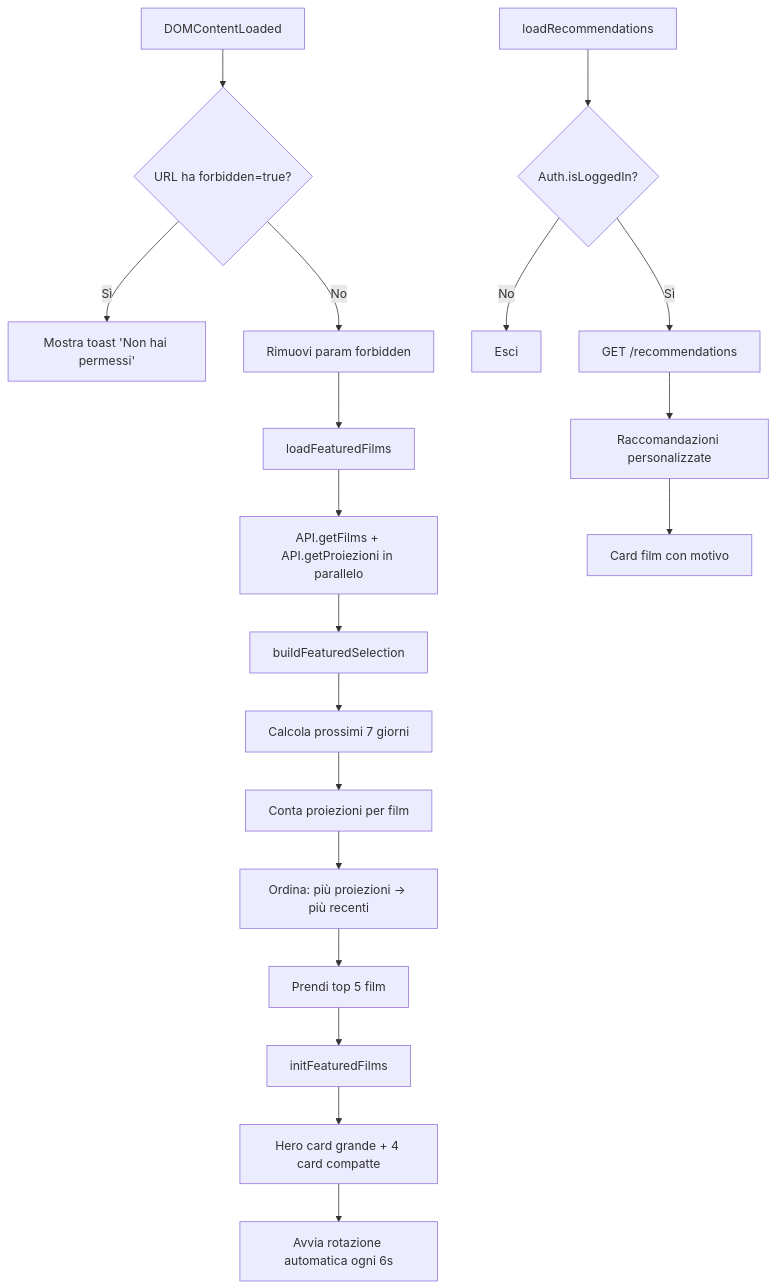
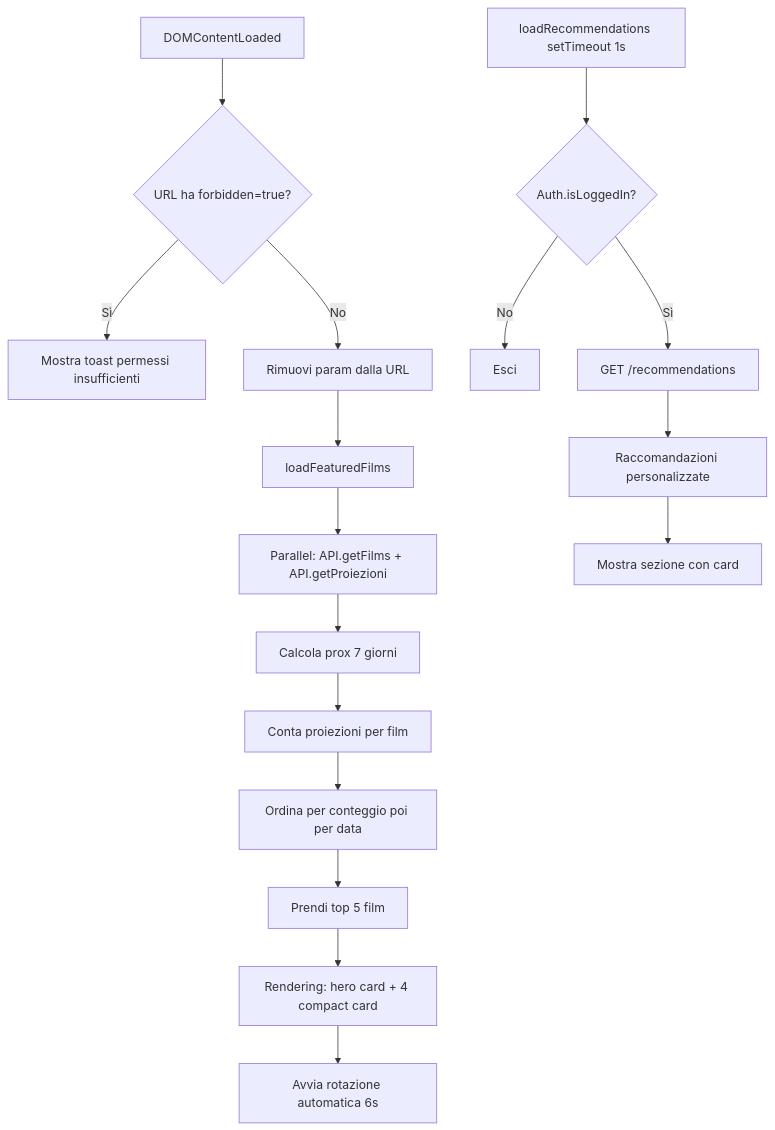
The second of 3 diagrams in film-app-dev_iteration_4/presentazione/04-programmazione.md (RizzoThomas/esercizioopencodefilm), drawn with Mermaid before and after one commit. The commit also changed other lines of this file and 10 other files, not shown here.

Commit message:
docs: enhance presentazione with tables, pie charts, and detailed workflows

````diff
--- a/film-app-dev_iteration_4/presentazione/04-programmazione.md
+++ b/film-app-dev_iteration_4/presentazione/04-programmazione.md
@@ -50,24 +60,22 @@
 ```mermaid
 flowchart TD
     A[DOMContentLoaded] --> B{URL ha forbidden=true?}
-    B -->|Sì| C[Mostra toast 'Non hai permessi']
-    B -->|No| D[Rimuovi param forbidden]
+    B -->|Sì| C[Mostra toast permessi insufficienti]
+    B -->|No| D[Rimuovi param dalla URL]
 
     D --> E[loadFeaturedFilms]
-    E --> F[API.getFilms + API.getProiezioni in parallelo]
-    F --> G[buildFeaturedSelection]
-    G --> H[Calcola prossimi 7 giorni]
-    H --> I[Conta proiezioni per film]
-    I --> J[Ordina: più proiezioni → più recenti]
-    J --> K[Prendi top 5 film]
+    E --> F[Parallel: API.getFilms + API.getProiezioni]
+    F --> G[Calcola prox 7 giorni]
+    G --> H[Conta proiezioni per film]
+    H --> I[Ordina per conteggio poi per data]
+    I --> J[Prendi top 5 film]
 
-    K --> L[initFeaturedFilms]
-    L --> M[Hero card grande + 4 card compatte]
-    M --> N[Avvia rotazione automatica ogni 6s]
+    J --> K[Rendering: hero card + 4 compact card]
+    K --> L[Avvia rotazione automatica 6s]
 
-    O[loadRecommendations] --> P{Auth.isLoggedIn?}
-    P -->|No| Q[Esci]
-    P -->|Sì| R[GET /recommendations]
-    R --> S[Raccomandazioni personalizzate]
-    S --> T[Card film con motivo]
+    M[loadRecommendations setTimeout 1s] --> N{Auth.isLoggedIn?}
+    N -->|No| O[Esci]
+    N -->|Sì| P[GET /recommendations]
+    P --> Q[Raccomandazioni personalizzate]
+    Q --> R[Mostra sezione con card]
 ```
````
